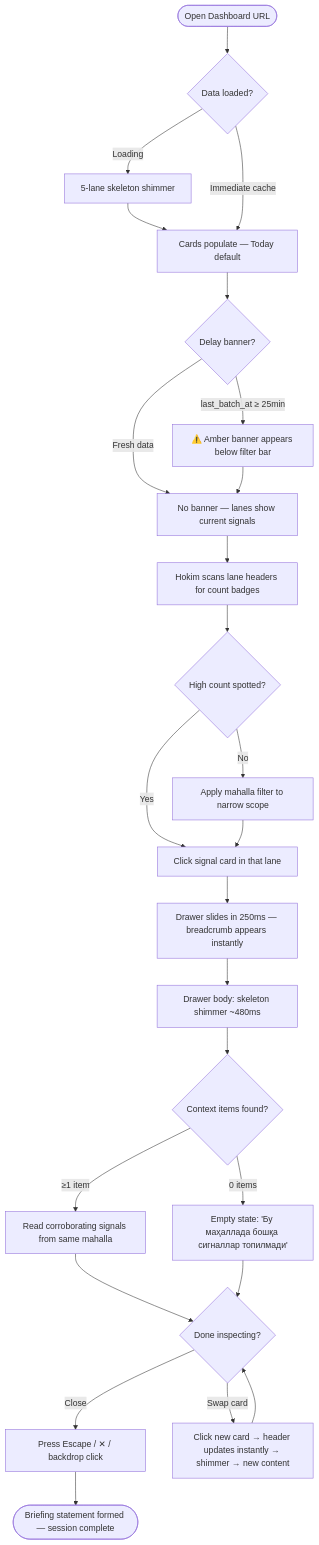
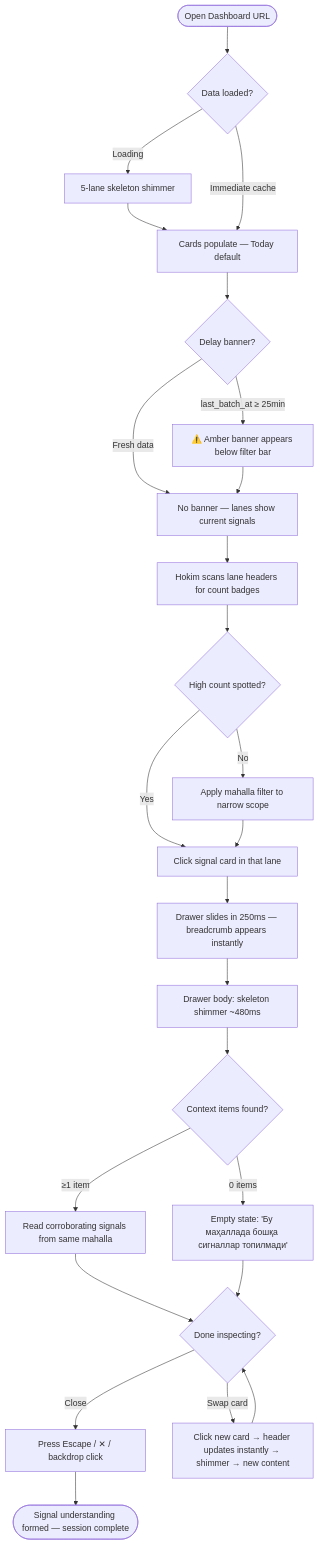
Before and after one commit to ZubaydullaCoder/InsightAI: the first of 3 diagrams in _bmad-output/planning-artifacts/ux-design-specification/user-journey-flows.md, drawn with Mermaid. The commit also changed other lines of this file, not shown here.

````diff
--- a/_bmad-output/planning-artifacts/ux-design-specification/user-journey-flows.md
+++ b/_bmad-output/planning-artifacts/ux-design-specification/user-journey-flows.md
@@ -9,27 +9,27 @@
 ```mermaid
 flowchart TD
     A([Open Dashboard URL]) --> B{Data loaded?}
     B -->|Loading| C[5-lane skeleton shimmer]
     C --> D[Cards populate — Today default]
     B -->|Immediate cache| D
     D --> E{Delay banner?}
     E -->|last_batch_at ≥ 25min| F[⚠️ Amber banner appears below filter bar]
     E -->|Fresh data| G[No banner — lanes show current signals]
     F --> G
     G --> H[Hokim scans lane headers for count badges]
     H --> I{High count spotted?}
     I -->|Yes| J[Click signal card in that lane]
     I -->|No| K[Apply mahalla filter to narrow scope]
     K --> J
     J --> L[Drawer slides in 250ms — breadcrumb appears instantly]
     L --> M[Drawer body: skeleton shimmer ~480ms]
     M --> N{Context items found?}
     N -->|≥1 item| O[Read corroborating signals from same mahalla]
     N -->|0 items| P[Empty state: 'Бу маҳаллада бошқа сигналлар топилмади']
     O --> Q{Done inspecting?}
     P --> Q
     Q -->|Close| R[Press Escape / ✕ / backdrop click]
     Q -->|Swap card| S[Click new card → header updates instantly → shimmer → new content]
     S --> Q
-    R --> T([Briefing statement formed — session complete])
+    R --> T([Signal understanding formed — session complete])
 ```
````
